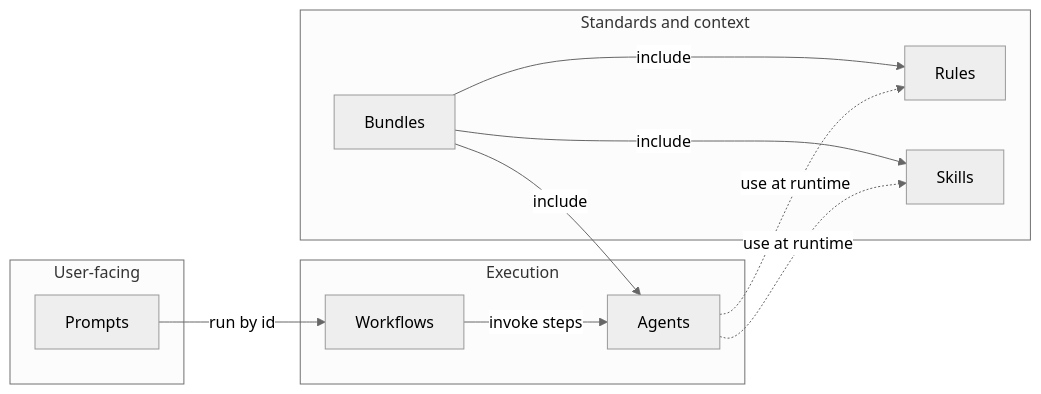
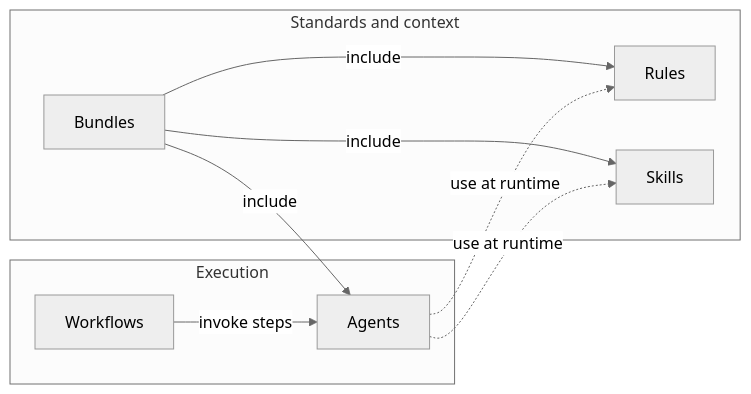
The first of 7 diagrams in README.md (DrivvenConsulting/forge-registry), drawn with Mermaid (neutral theme) before and after one commit. The commit also changed other lines of this file and 20 other files, not shown here.

````diff
--- a/README.md
+++ b/README.md
@@ -9,22 +9,18 @@
 ```mermaid
 flowchart LR
-  subgraph userFacing [User-facing]
-    Prompts
-  end
   subgraph execution [Execution]
     Workflows
     Agents
   end
   subgraph standards [Standards and context]
     Bundles
     Rules
     Skills
   end
-  Prompts -->|"run by id"| Workflows
   Workflows -->|"invoke steps"| Agents
   Bundles -->|"include"| Agents
   Bundles -->|"include"| Rules
   Bundles -->|"include"| Skills
   Agents -.->|"use at runtime"| Rules
   Agents -.->|"use at runtime"| Skills
 ```
````
